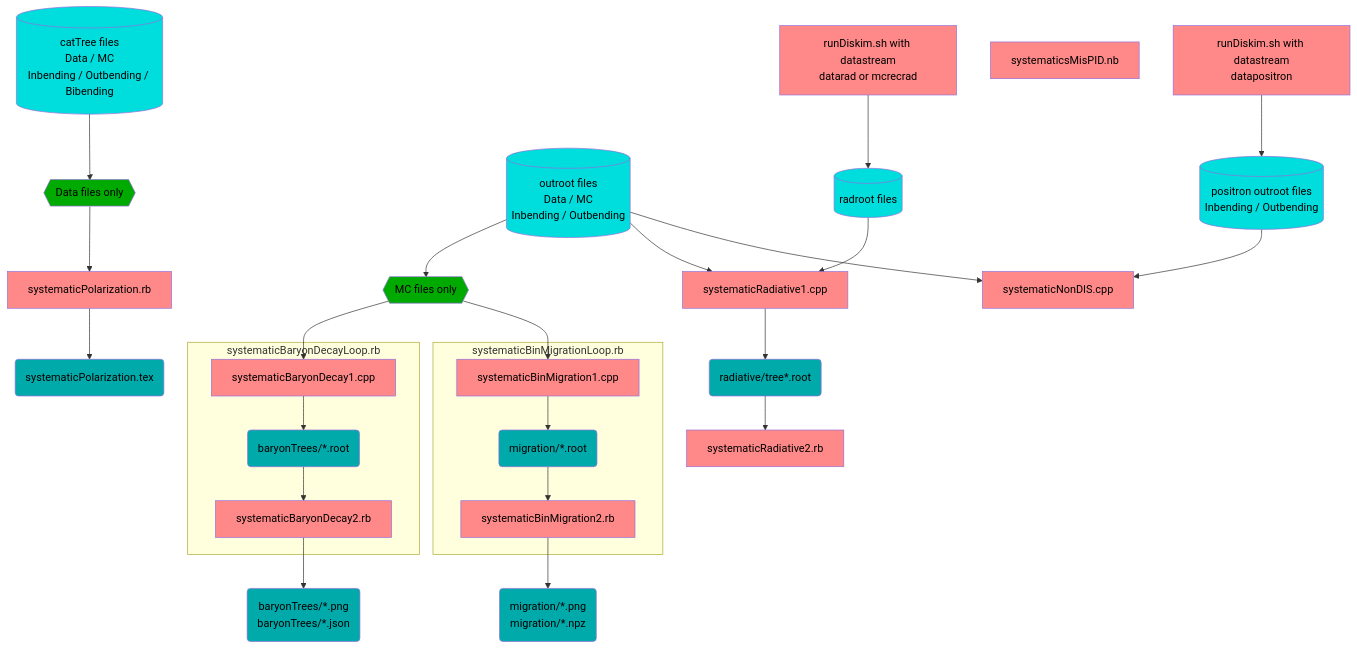
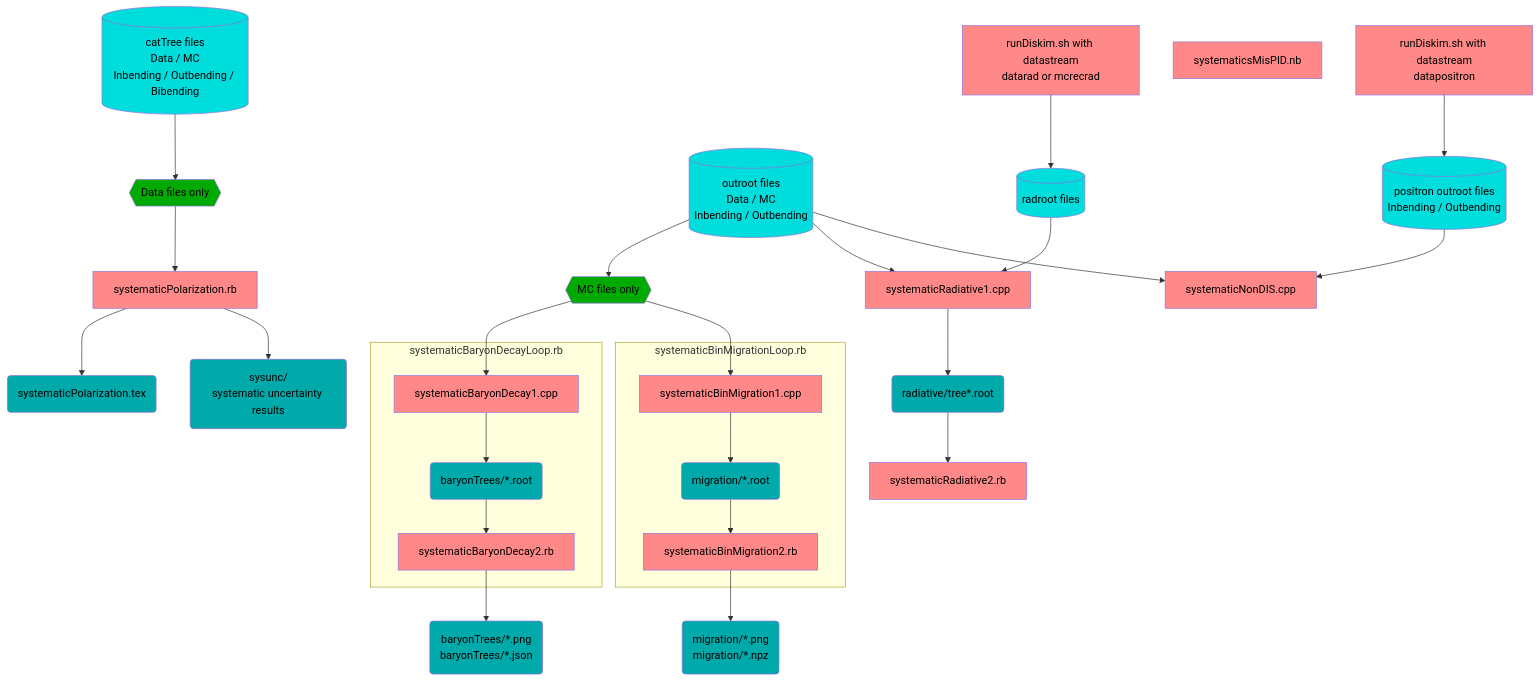
The second of 2 diagrams in README.md (c-dilks/dispin), drawn with Mermaid before and after one commit. The commit also changed 1 other file, not shown here.

Commit message:
feat: combine systematic uncertainties

````diff
--- a/README.md
+++ b/README.md
@@ -158,53 +158,56 @@
 ```mermaid
 flowchart TB
   classDef alg fill:#ff8888,color:black
   classDef data fill:#00aaaa,color:black
   classDef bigdata fill:#00dddd,color:black
   classDef op fill:#00aa00,color:black
 
   CatTrees[(catTree files<br/>Data / MC<br/>Inbending / Outbending / Bibending)]:::bigdata
   CatTreesOnlyData{{Data files only}}:::op
   CatTrees --> CatTreesOnlyData
 
   Outroots[(outroot files<br/>Data / MC<br/>Inbending / Outbending)]:::bigdata
   OutrootsOnlyMC{{MC files only}}:::op
   Outroots --> OutrootsOnlyMC
 
   PolAlg[systematicPolarization.rb]:::alg
   Pol(systematicPolarization.tex):::data
   CatTreesOnlyData --> PolAlg --> Pol
 
   subgraph systematicBaryonDecayLoop.rb
       BaryonAlg1[systematicBaryonDecay1.cpp]:::alg
       BaryonTrees(baryonTrees/*.root):::data
       BaryonAlg2[systematicBaryonDecay2.rb]:::alg
   end
   BaryonResult(baryonTrees/*.png<br/>baryonTrees/*.json):::data
   OutrootsOnlyMC --> BaryonAlg1 --> BaryonTrees --> BaryonAlg2 --> BaryonResult
 
   subgraph systematicBinMigrationLoop.rb
       MigrationAlg1[systematicBinMigration1.cpp]:::alg
       MigrationRoots(migration/*.root):::data
       MigrationAlg2[systematicBinMigration2.rb]:::alg
   end
   MigrationResult(migration/*.png<br/>migration/*.npz):::data
   OutrootsOnlyMC --> MigrationAlg1 --> MigrationRoots --> MigrationAlg2 --> MigrationResult
 
   RunDiskimRad[runDiskim.sh with datastream<br/>datarad or mcrecrad]:::alg
   RadRoots[(radroot files)]:::bigdata
   RadAlg1[systematicRadiative1.cpp]:::alg
   RadTrees(radiative/tree*.root):::data
   RadAlg2[systematicRadiative2.rb]:::alg
   Outroots --> RadAlg1
   RunDiskimRad --> RadRoots --> RadAlg1
   RadAlg1 --> RadTrees --> RadAlg2
 
   MisPID[systematicsMisPID.nb]:::alg
 
   RunDiskimPositron[runDiskim.sh with datastream<br/>datapositron]:::alg
   PositronRoots[(positron outroot files<br/>Inbending / Outbending)]:::bigdata
   PositronAlg[systematicNonDIS.cpp]:::alg
   RunDiskimPositron --> PositronRoots
   Outroots --> PositronAlg
   PositronRoots --> PositronAlg
+
+  SysUnc(sysunc/<br/>systematic uncertainty results):::data
+  PolAlg --> SysUnc
 ```
````
